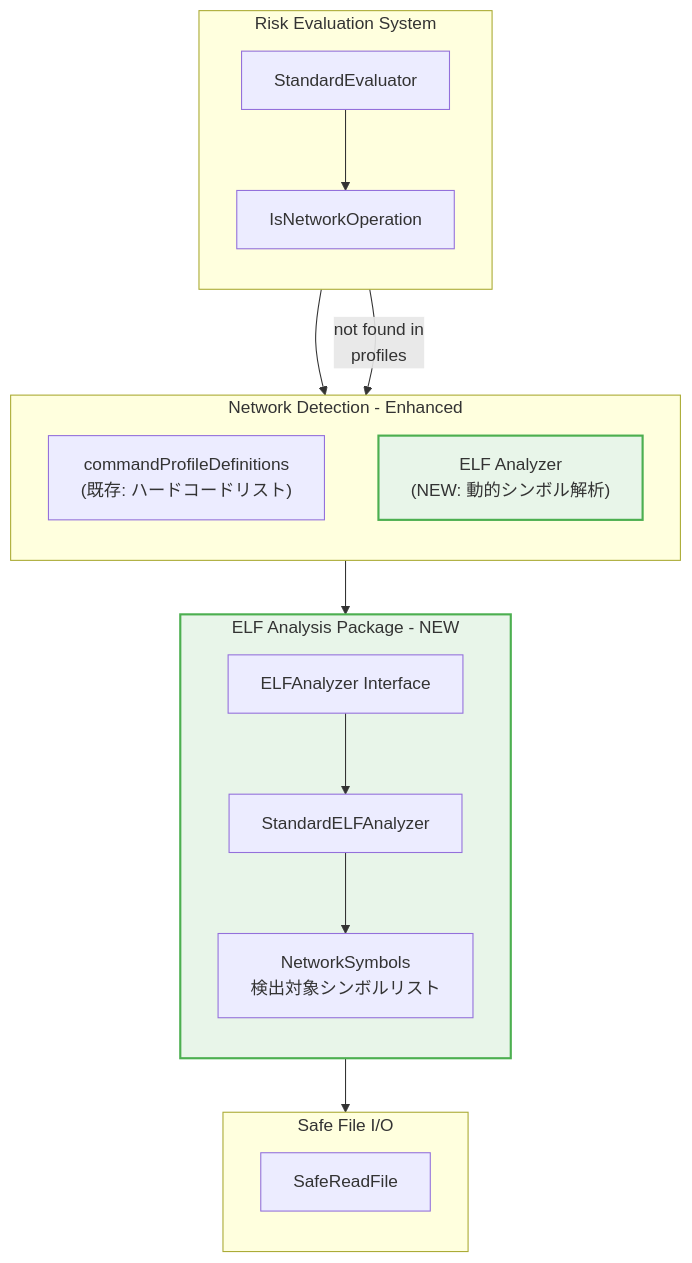
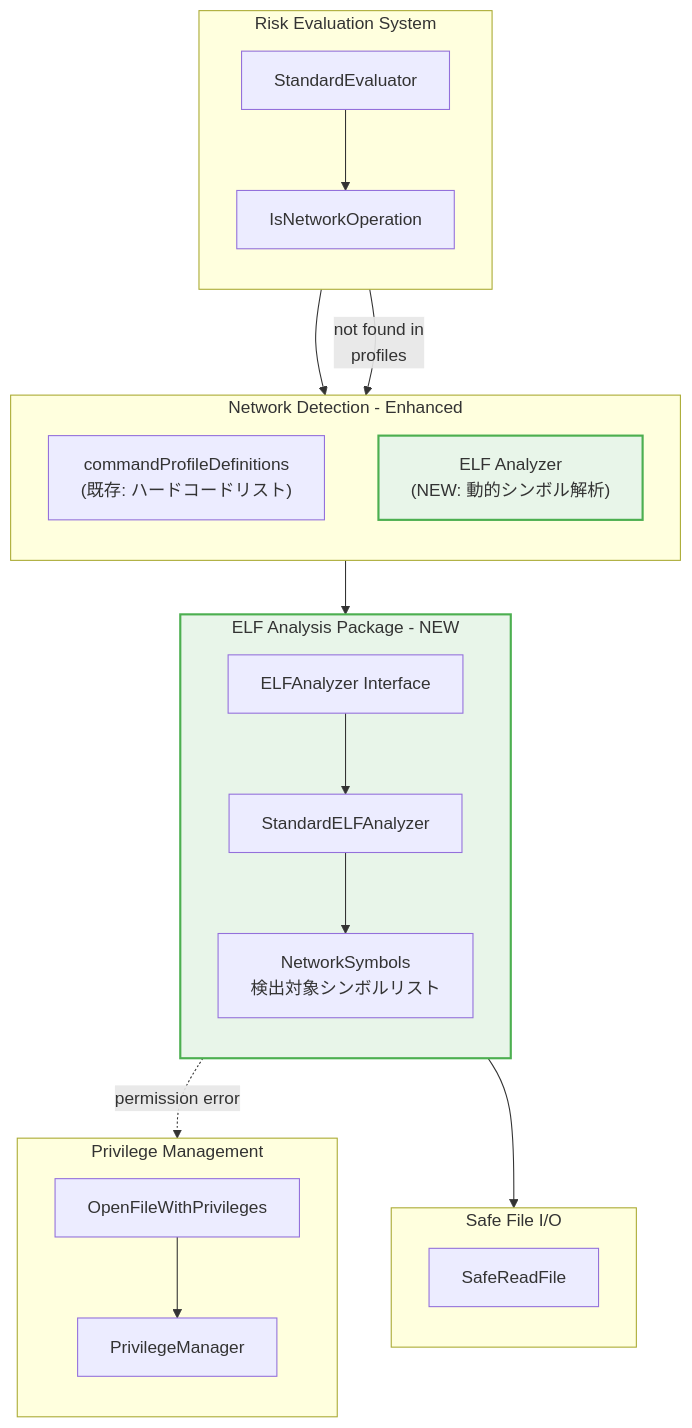
Before and after one commit to isseis/go-safe-cmd-runner: the first of 5 diagrams in docs/tasks/0069_elf_dynsym_network_detection/02_architecture.md, drawn with Mermaid. The commit also changed other lines of this file and 2 other files, not shown here.

First line of the commit message:
elf: integrate execute-only (0111) handling into architecture & spec

````diff
--- a/docs/tasks/0069_elf_dynsym_network_detection/02_architecture.md
+++ b/docs/tasks/0069_elf_dynsym_network_detection/02_architecture.md
@@ -21,37 +21,45 @@
 ```mermaid
 flowchart TB
     subgraph RiskEvaluation[Risk Evaluation System]
         direction TB
         RE[StandardEvaluator]
         INO["IsNetworkOperation"]
     end
 
     subgraph NetworkDetection[Network Detection - Enhanced]
         direction TB
         CPD["commandProfileDefinitions<br/>(既存: ハードコードリスト)"]
         ELF["ELF Analyzer<br/>(NEW: 動的シンボル解析)"]
     end
 
     subgraph ELFAnalysis[ELF Analysis Package - NEW]
         direction TB
         EA[ELFAnalyzer Interface]
         SEA[StandardELFAnalyzer]
         NS[NetworkSymbols<br/>検出対象シンボルリスト]
     end
 
     subgraph SafeFileIO[Safe File I/O]
         direction TB
         SFR[SafeReadFile]
     end
 
+    subgraph PrivilegeManagement[Privilege Management]
+        direction TB
+        PM[PrivilegeManager]
+        OFP[OpenFileWithPrivileges]
+    end
+
     RE --> INO
     INO --> CPD
     INO -->|"not found in<br/>profiles"| ELF
     ELF --> EA
     EA --> SEA
     SEA --> NS
     SEA --> SFR
+    SEA -.->|"permission error"| OFP
+    OFP --> PM
 
     style ELFAnalysis fill:#e8f5e9,stroke:#4caf50,stroke-width:2px
     style ELF fill:#e8f5e9,stroke:#4caf50,stroke-width:2px
 ```
````
